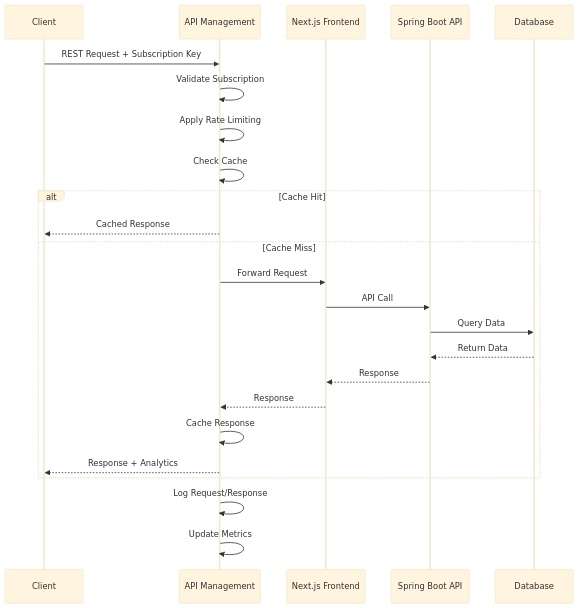
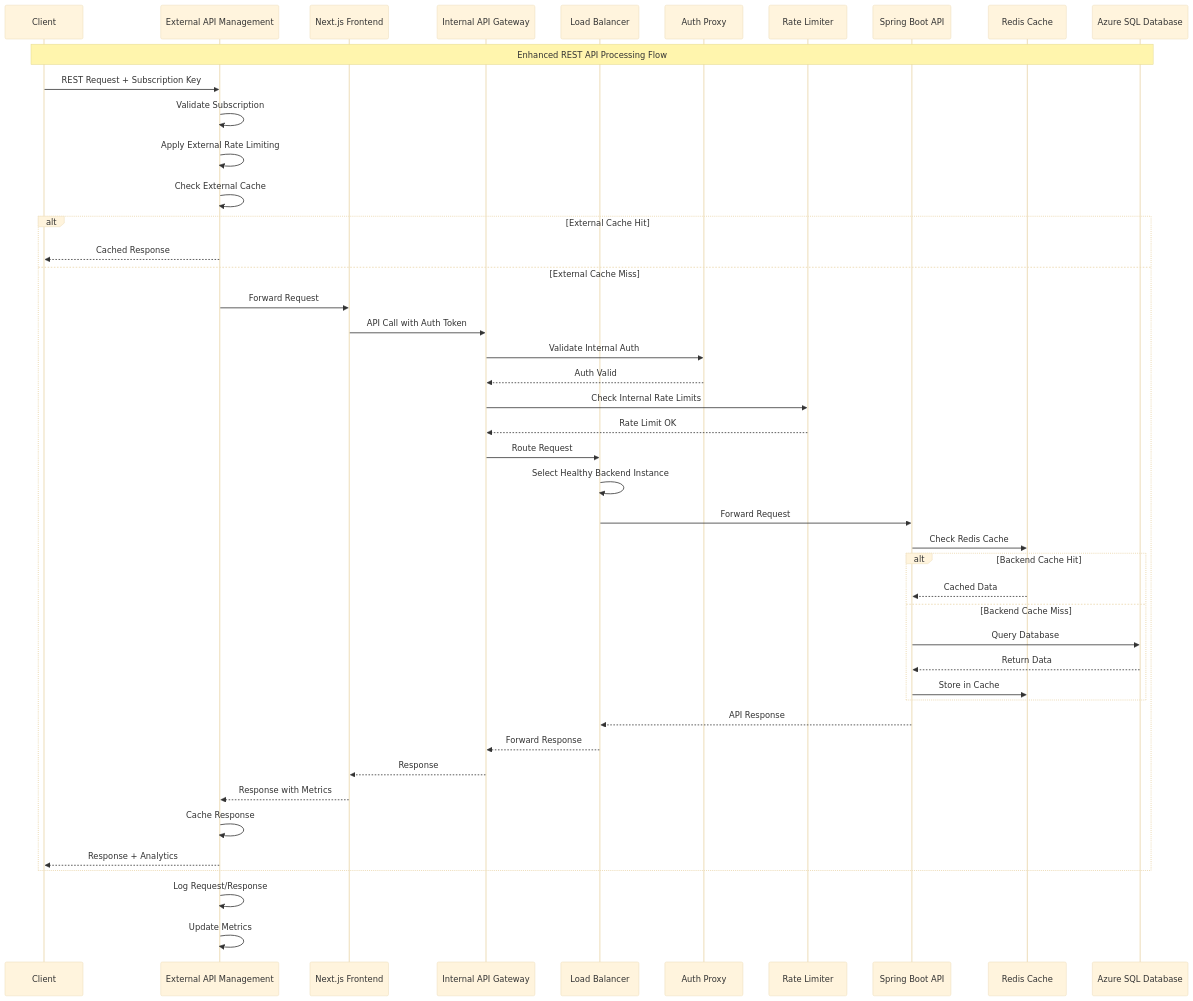
One commit to calvinlee999/react_next_java_journey changed the second of 10 diagrams in docs/architecture/azure-api-management-architecture.md. Above: the diagram before and after it, drawn with Mermaid (base theme). The commit also changed other lines of this file, not shown here.

First line of the commit message:
feat: enhance all API Management Flow Diagrams with Internal Gateway architecture

````diff
--- a/docs/architecture/azure-api-management-architecture.md
+++ b/docs/architecture/azure-api-management-architecture.md
@@ -157,29 +157,55 @@
 ```mermaid
 sequenceDiagram
     participant Client
-    participant APIM as API Management
+    participant APIM as External API Management
     participant Frontend as Next.js Frontend
+    participant InternalGW as Internal API Gateway
+    participant LoadBalancer as Load Balancer
+    participant Auth as Auth Proxy
+    participant RateLimit as Rate Limiter
     participant Backend as Spring Boot API
-    participant DB as Database
+    participant Cache as Redis Cache
+    participant DB as Azure SQL Database
 
+    Note over Client, DB: Enhanced REST API Processing Flow
+    
     Client->>APIM: REST Request + Subscription Key
     APIM->>APIM: Validate Subscription
-    APIM->>APIM: Apply Rate Limiting
-    APIM->>APIM: Check Cache
+    APIM->>APIM: Apply External Rate Limiting
+    APIM->>APIM: Check External Cache
     
-    alt Cache Hit
+    alt External Cache Hit
         APIM-->>Client: Cached Response
-    else Cache Miss
+    else External Cache Miss
         APIM->>Frontend: Forward Request
-        Frontend->>Backend: API Call
-        Backend->>DB: Query Data
-        DB-->>Backend: Return Data
-        Backend-->>Frontend: Response
-        Frontend-->>APIM: Response
+        Frontend->>InternalGW: API Call with Auth Token
+        
+        InternalGW->>Auth: Validate Internal Auth
+        Auth-->>InternalGW: Auth Valid
+        InternalGW->>RateLimit: Check Internal Rate Limits
+        RateLimit-->>InternalGW: Rate Limit OK
+        InternalGW->>LoadBalancer: Route Request
+        
+        LoadBalancer->>LoadBalancer: Select Healthy Backend Instance
+        LoadBalancer->>Backend: Forward Request
+        
+        Backend->>Cache: Check Redis Cache
+        alt Backend Cache Hit
+            Cache-->>Backend: Cached Data
+        else Backend Cache Miss
+            Backend->>DB: Query Database
+            DB-->>Backend: Return Data
+            Backend->>Cache: Store in Cache
+        end
+        
+        Backend-->>LoadBalancer: API Response
+        LoadBalancer-->>InternalGW: Forward Response
+        InternalGW-->>Frontend: Response
+        Frontend-->>APIM: Response with Metrics
         APIM->>APIM: Cache Response
         APIM-->>Client: Response + Analytics
     end
 
     APIM->>APIM: Log Request/Response
     APIM->>APIM: Update Metrics
 ```
````
